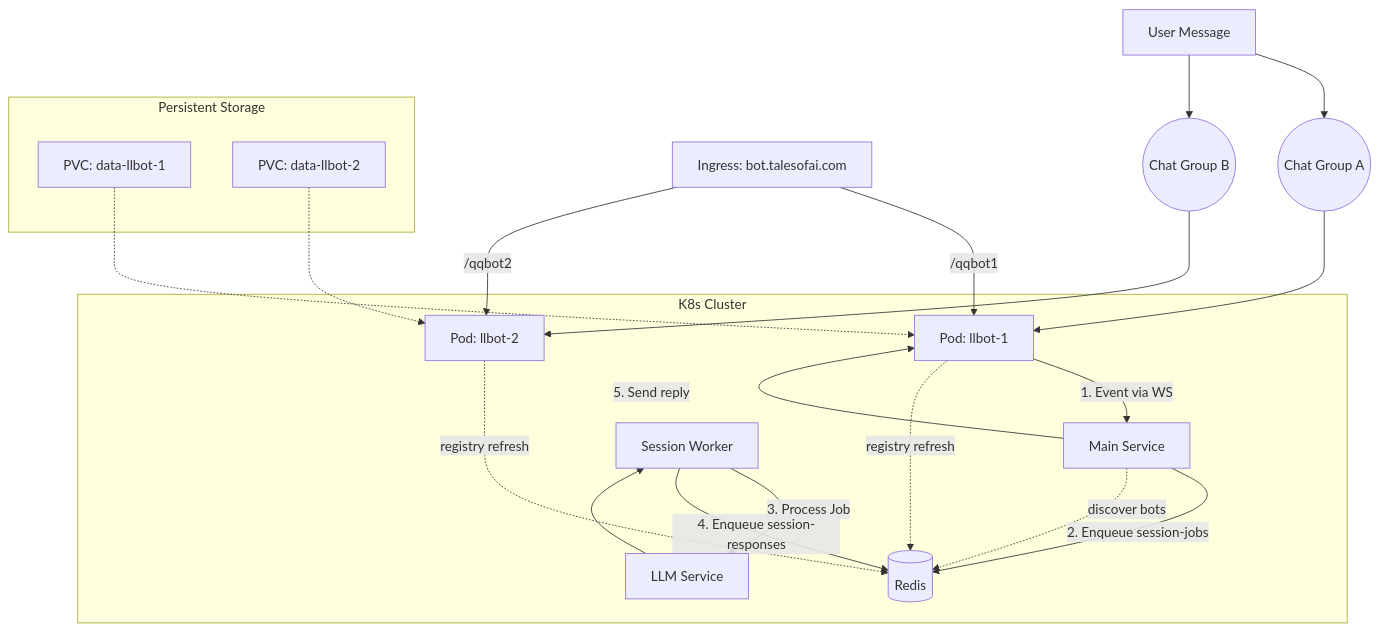
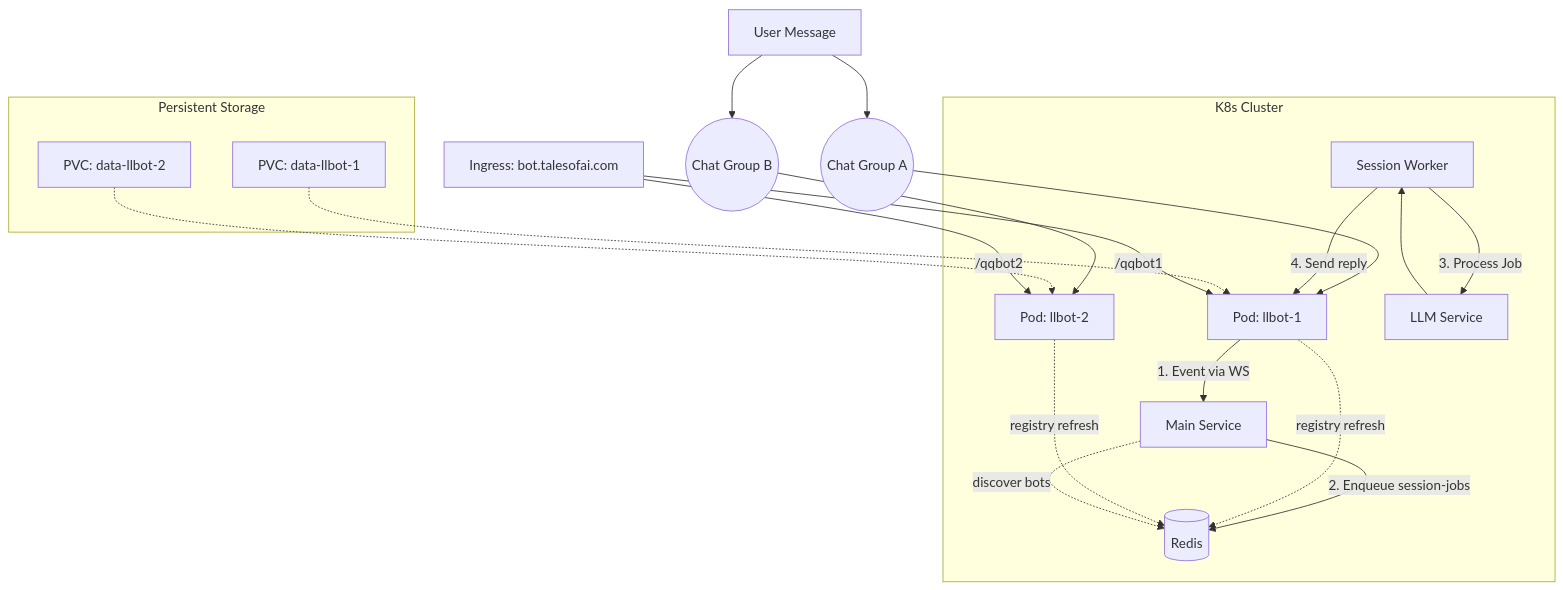
Before and after one commit to talesofai/bot-agent: the diagram in docs/adr/003-multi-bot-architecture.md, drawn with Mermaid. The commit also changed other lines of this file and 12 other files, not shown here.

````diff
--- a/docs/adr/003-multi-bot-architecture.md
+++ b/docs/adr/003-multi-bot-architecture.md
@@ -82,32 +82,31 @@
 ```mermaid
 graph TD
     User[User Message] --> GroupA((Chat Group A))
     User --> GroupB((Chat Group B))
     GroupA --> LLB1[Pod: llbot-1]
     GroupB --> LLB2[Pod: llbot-2]
 
     subgraph "K8s Cluster"
         Main[Main Service]
         Worker[Session Worker]
         Redis[(Redis)]
 
         LLB1 -- 1. Event via WS --> Main
         Main -- 2. Enqueue session-jobs --> Redis
         Worker -- 3. Process Job --> LLM[LLM Service]
         LLM --> Worker
-        Worker -- 4. Enqueue session-responses --> Redis
-        Main -- 5. Send reply --> LLB1
+        Worker -- 4. Send reply --> LLB1
 
         LLB1 -. registry refresh .-> Redis
         LLB2 -. registry refresh .-> Redis
         Main -. discover bots .-> Redis
     end
 
     subgraph "Persistent Storage"
         PVC1[PVC: data-llbot-1] -.-> LLB1
         PVC2[PVC: data-llbot-2] -.-> LLB2
     end
 
     Ingress[Ingress: bot.talesofai.com] -->|/qqbot1| LLB1
     Ingress -->|/qqbot2| LLB2
 ```
````
